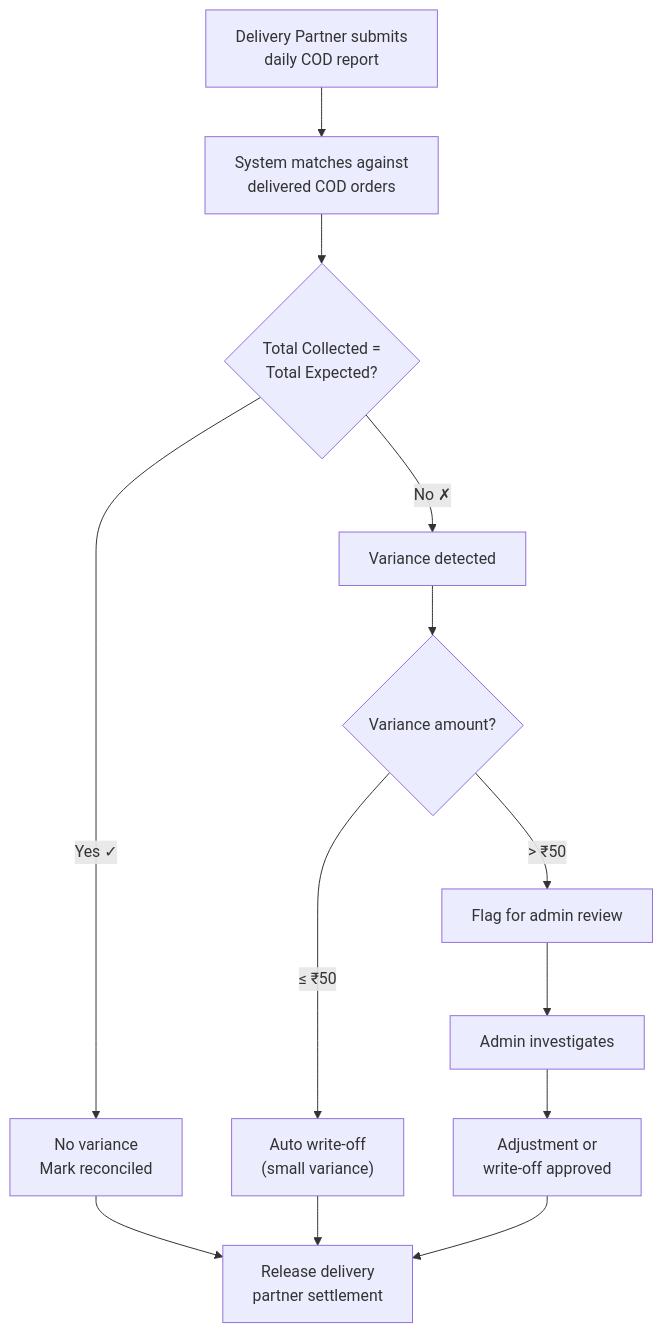
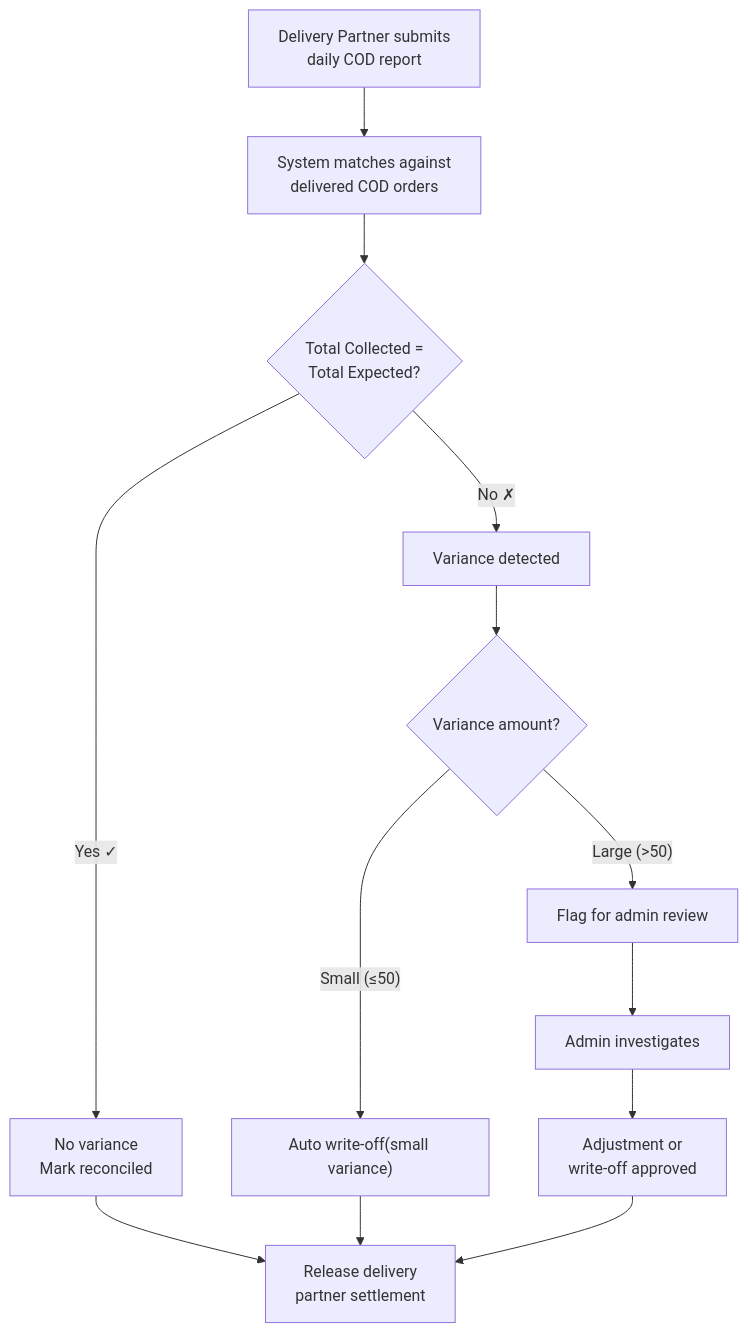
Before and after one commit to dharshan47/rrckitchen: the sixth of 8 diagrams in docs/08-payment-system.md, drawn with Mermaid. The commit also changed other lines of this file and 273 other files, not shown here.

````diff
--- a/docs/08-payment-system.md
+++ b/docs/08-payment-system.md
@@ -313,20 +314,20 @@
 ```mermaid
 graph TD
     A["Delivery Partner submits<br/>daily COD report"] --> B["System matches against<br/>delivered COD orders"]
     B --> C{"Total Collected =<br/>Total Expected?"}
 
     C -->|"Yes ✓"| D["No variance<br/>Mark reconciled"]
     C -->|"No ✗"| E["Variance detected"]
 
     E --> F{"Variance amount?"}
 
-    F -->|"≤ ₹50"| G["Auto write-off<br/>(small variance)"]
-    F -->|"> ₹50"| H["Flag for admin review"]
+    F -->|"Small (&le;50)"| G["Auto write-off(small variance)"]
+    F -->|"Large (&gt;50)"| H["Flag for admin review"]
 
     H --> I["Admin investigates"]
     I --> J["Adjustment or<br/>write-off approved"]
 
     D --> K["Release delivery<br/>partner settlement"]
     G --> K
     J --> K
 ```
````
